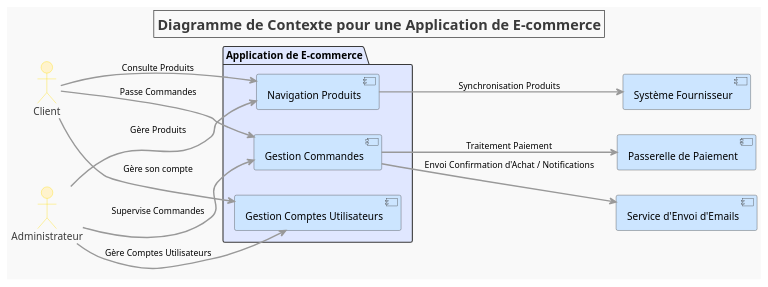
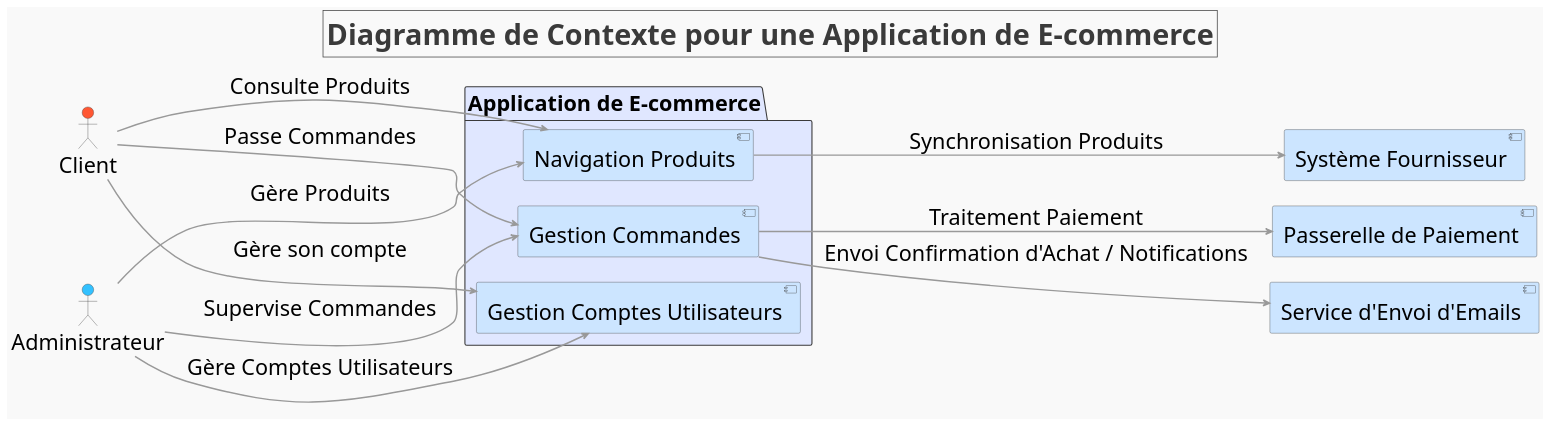
The diagram in DiagramContext.puml (GEVIC21/Soutenance_documents), drawn with PlantUML before and after one commit. The commit also changed 16 other files, not shown here.

```diff
--- a/DiagramContext.puml
+++ b/DiagramContext.puml
@@ -1,62 +1,64 @@
 @startuml
 
 ' Titre avec style
 title Diagramme de Contexte pour une Application de E-commerce
-skinparam titleFontSize 20
+skinparam titleFontSize 40
 skinparam titleFontColor #3A3A3A
 skinparam titleBorderColor #3A3A3A
 
 left to right direction
 
-' Définir les couleurs globales
+' Définir une taille de police globale
+skinparam defaultFontSize 30
 skinparam backgroundColor #F9F9F9
-skinparam component {
-    BackgroundColor #CCE5FF
-    ArrowColor #999999
-    ArrowFontSize 12
-    ArrowThickness 2
+skinparam actor {
+  FontSize 30
+  FontColor #000000
 }
 
-' Acteurs avec styles
-skinparam actor {
-    FontSize 14
-    FontColor #3A3A3A
-    BackgroundColor #FFF3CD
-    BorderColor #FFDD00
+' Définition des acteurs
+actor "Client" as Customer #FF5733
+actor "Administrateur" as Admin #33C1FF
+
+' Styles pour les composants
+skinparam component {
+  BackgroundColor #CCE5FF
+  ArrowColor #999999
+  ArrowFontSize 30
+  ArrowThickness 2
+  FontSize 30
 }
 
 ' Styles pour les packages
 skinparam package {
-    BackgroundColor #E0E7FF
-    BorderColor #3A3A3A
+  BackgroundColor #E0E7FF
+  BorderColor #3A3A3A
+  FontSize 30
 }
-
-' Acteurs utilisateurs
-actor Customer as "Client"
-actor Admin as "Administrateur"
 
 ' Systèmes externes représentés comme composants
 component PaymentGateway as "Passerelle de Paiement"
 component SupplierSystem as "Système Fournisseur"
 component EmailService as "Service d'Envoi d'Emails"
 
 ' Système principal
 package "Application de E-commerce" {
-    [Navigation Produits] as Produits
-    [Gestion Commandes] as Commandes
-    [Gestion Comptes Utilisateurs] as Comptes
+  [Navigation Produits] as Produits
+  [Gestion Commandes] as Commandes
+  [Gestion Comptes Utilisateurs] as Comptes
 }
-' Connexions
-Customer --> Produits : "Consulte Produits"
-Customer --> Commandes : "Passe Commandes"
-Customer --> Comptes : "Gère son compte"
 
-Admin --> Produits : "Gère Produits"
-Admin --> Commandes : "Supervise Commandes"
-Admin --> Comptes : "Gère Comptes Utilisateurs"
+' Connexions avec des flèches droites
+Customer -[#999999]-> Produits : "Consulte Produits"
+Customer -[#999999]-> Commandes : "Passe Commandes"
+Customer -[#999999]-> Comptes : "Gère son compte"
 
-Produits --> SupplierSystem : "Synchronisation Produits"
-Commandes --> PaymentGateway : "Traitement Paiement"
-Commandes --> EmailService : "Envoi Confirmation d'Achat / Notifications"
+Admin -[#999999]-> Produits : "Gère Produits"
+Admin -[#999999]-> Commandes : "Supervise Commandes"
+Admin -[#999999]-> Comptes : "Gère Comptes Utilisateurs"
+
+Produits -[#999999]-> SupplierSystem : "Synchronisation Produits"
+Commandes -[#999999]-> PaymentGateway : "Traitement Paiement"
+Commandes -[#999999]-> EmailService : "Envoi Confirmation d'Achat / Notifications"
 
 @enduml
```
